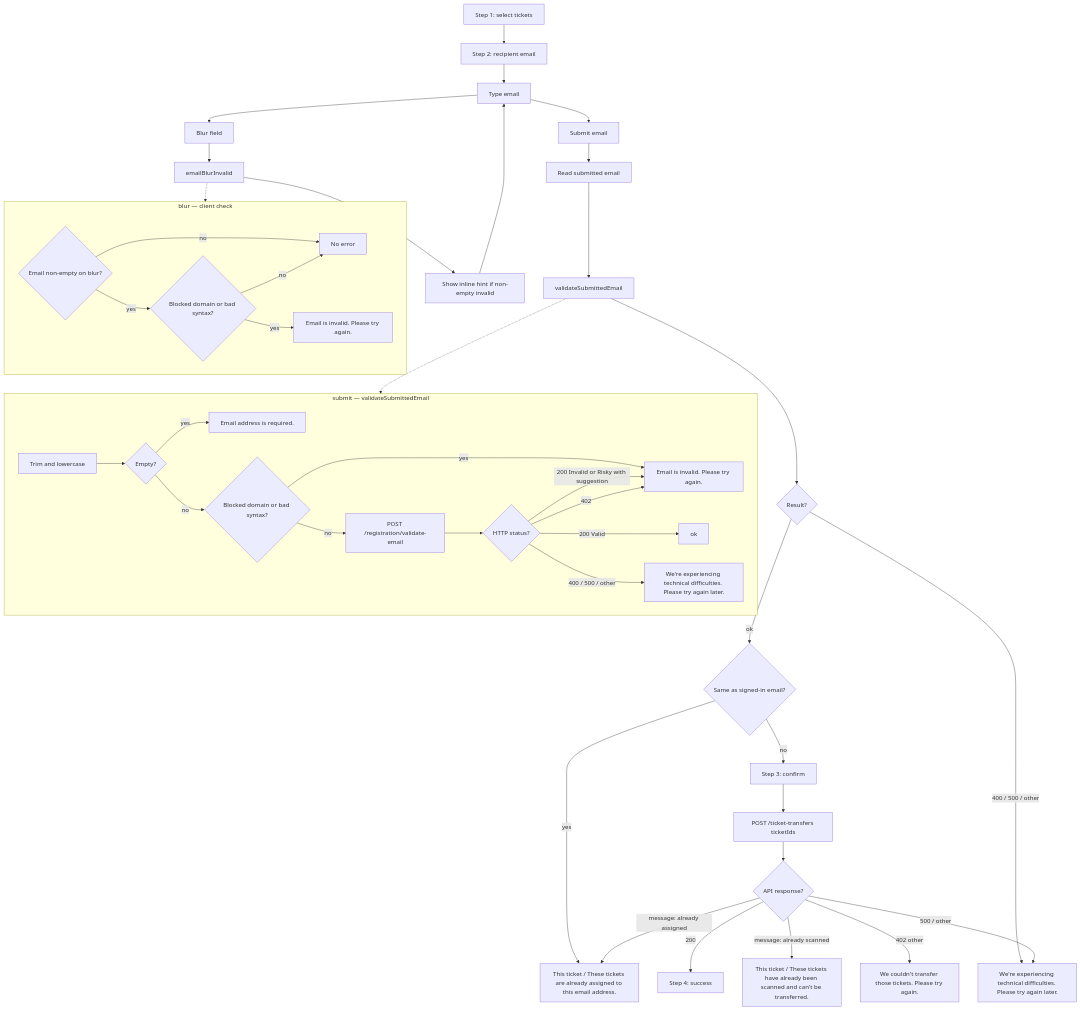
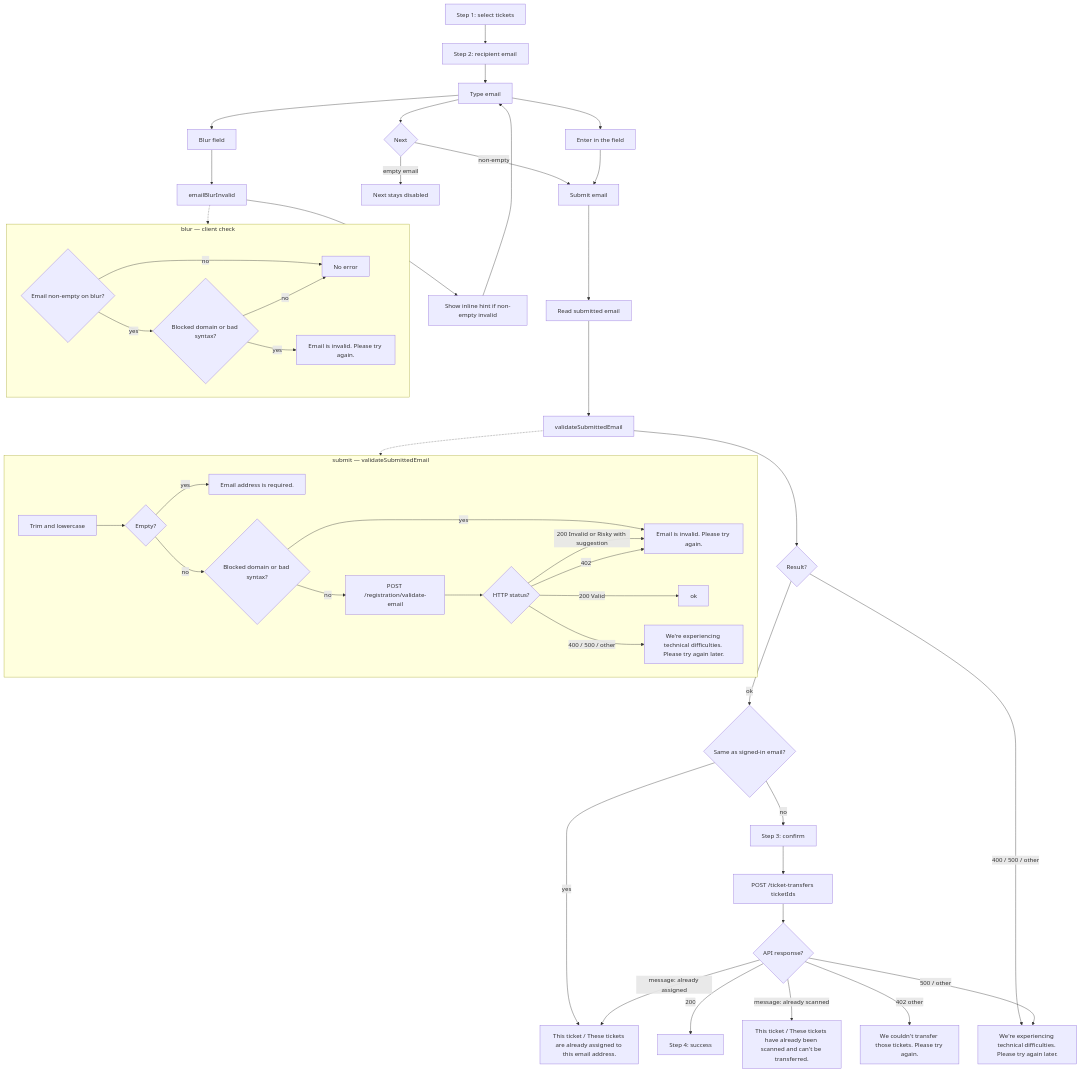
The diagram in docs/transfer-ticket-validations.mmd (CRE8Interactions/frontend-buyer-app), drawn with Mermaid before and after one commit. The commit also changed 5 other files, not shown here.

```diff
--- a/docs/transfer-ticket-validations.mmd
+++ b/docs/transfer-ticket-validations.mmd
@@ -1,108 +1,116 @@
 %% Ticket transfer — single event or package game
 
 %% Source: components/organisms/SeasonTickets.tsx, lib/submitEmailValidation.ts,
 
 %%         lib/fieldValidation.ts, lib/ticketTransferErrors.ts
 
 %% API:    blocktickets/tickets/src/api/registration/controllers/registration.js (validateEmail)
 
 %%         blocktickets/tickets/src/api/ticket-transfer/controllers/ticket-transfer.js (create, ticketIds)
 
 %% Blur: optional hint on a non-empty email only. Empty blur is quiet. SendGrid is not called.
 
 %% Submit: validateSubmittedEmail — trim, empty, blocked/syntax, then POST /registration/validate-email.
+
+%% Next stays disabled until the email is non-empty, so that button does not
+
+%% show required copy for an empty field. Enter in the field still submits.
 
 %% Wallet maps 400 startFailed to the network banner, not invalid-email copy.
 
 %% Transfer errors key off API message first, then HTTP status.
 
 %% --- Blur — client hint (non-empty only) ---
 
 %% | Field | Empty blur | Non-empty invalid |
 
 %% | Email | (no error) | Email is invalid. Please try again. |
 
 %% --- Submit — validateSubmittedEmail (before self-transfer check) ---
 
 %% | Step | Empty | Non-empty invalid | API |
 
 %% | Client | Email address is required. | Email is invalid. Please try again. | — |
 
 %% | POST /registration/validate-email | — | 402 Bad email → Email is invalid. Please try again. | 200 Valid → ok |
 
 %% --- Client-only (after validateSubmittedEmail ok) ---
 
 %% Self-transfer (tickets): This ticket is already assigned to this email address. (1) / These tickets are already assigned to this email address. (2+)
 
 %% --- POST /registration/validate-email ---
 
 %% | Status | API message / body | Displayed copy |
 
 %% | 200 | SendGrid verdict Valid | (continue to Step 3: confirm) |
 
 %% | 200 | SendGrid verdict Invalid (or Risky with suggestion) | Email is invalid. Please try again. |
 
 %% | 400 | (any) | We're experiencing technical difficulties. Please try again later. |
 
 %% | 402 | Bad email | Email is invalid. Please try again. |
 
 %% | 500 / other | (any other) | We're experiencing technical difficulties. Please try again later. |
 
 %% --- POST /ticket-transfers (ticketIds, no accessPassId) ---
 
 %% | Status | API message | Displayed copy |
 
 %% | 200 | Transfer created | Step 4: success |
 
 %% | (any error) | Cannot transfer tickets that have already been scanned | This ticket has already been scanned and can't be transferred. (1) / These tickets have already been scanned and can't be transferred. (2+) |
 
 %% | (any error) | TICKETS ARE ALREADY ASSIGNED TO THIS EMAIL ADDRESS | This ticket is already assigned to this email address. (1) / These tickets are already assigned to this email address. (2+) |
 
 %% | 402 | (any other) | We couldn't transfer those tickets. Please try again. |
 
 %% | 500 / other | (any other) | We're experiencing technical difficulties. Please try again later. |
 
 flowchart TD
   start[Step 1: select tickets] --> step2[Step 2: recipient email]
   step2 --> typeEmail[Type email]
   typeEmail --> blurField[Blur field]
   blurField --> blurValidate[emailBlurInvalid]
   blurValidate --> blurHint[Show inline hint if non-empty invalid]
   blurHint --> typeEmail
-  typeEmail --> sendClick[Submit email]
+  typeEmail --> nextGate{Next}
+  nextGate -->|empty email| nextOff[Next stays disabled]
+  nextGate -->|non-empty| sendClick[Submit email]
+  typeEmail --> enterKey[Enter in the field]
+  enterKey --> sendClick
   sendClick --> readDom[Read submitted email]
   readDom --> validate[validateSubmittedEmail]
   validate --> valFail{Result?}
   valFail -->|ok| selfCheck{Same as signed-in email?}
   valFail -->|400 / 500 / other| network["We're experiencing technical difficulties. Please try again later."]
   selfCheck -->|yes| assignedError["This ticket / These tickets are already assigned to this email address."]
   selfCheck -->|no| step3[Step 3: confirm]
   step3 --> transferApi[POST /ticket-transfers ticketIds]
   transferApi --> apiFail{API response?}
   apiFail -->|200| step4[Step 4: success]
   apiFail -->|message: already scanned| scannedError["This ticket / These tickets have already been scanned and can't be transferred."]
   apiFail -->|message: already assigned| assignedError
   apiFail -->|402 other| transferError["We couldn't transfer those tickets. Please try again."]
   apiFail -->|500 / other| network
   subgraph blurClientChecks [blur — client check]
     bNonEmpty{Email non-empty on blur?}
     bNonEmpty -->|no| bQuiet[No error]
     bNonEmpty -->|yes| bBlocked{Blocked domain or bad syntax?}
     bBlocked -->|yes| bInvalid["Email is invalid. Please try again."]
     bBlocked -->|no| bQuiet
   end
   subgraph validateSubmittedEmail [submit — validateSubmittedEmail]
     vNorm[Trim and lowercase]
     vNorm --> vEmpty{Empty?}
     vEmpty -->|yes| vEmailRequired["Email address is required."]
     vEmpty -->|no| vBlocked{Blocked domain or bad syntax?}
     vBlocked -->|yes| vEmailInvalid["Email is invalid. Please try again."]
     vBlocked -->|no| vSendgrid[POST /registration/validate-email]
     vSendgrid --> vSgStatus{HTTP status?}
     vSgStatus -->|200 Valid| vOk[ok]
     vSgStatus -->|200 Invalid or Risky with suggestion| vEmailInvalid
     vSgStatus -->|402| vEmailInvalid
     vSgStatus -->|400 / 500 / other| vNetwork["We're experiencing technical difficulties. Please try again later."]
   end
   blurValidate -.-> blurClientChecks
   validate -.-> validateSubmittedEmail
```
